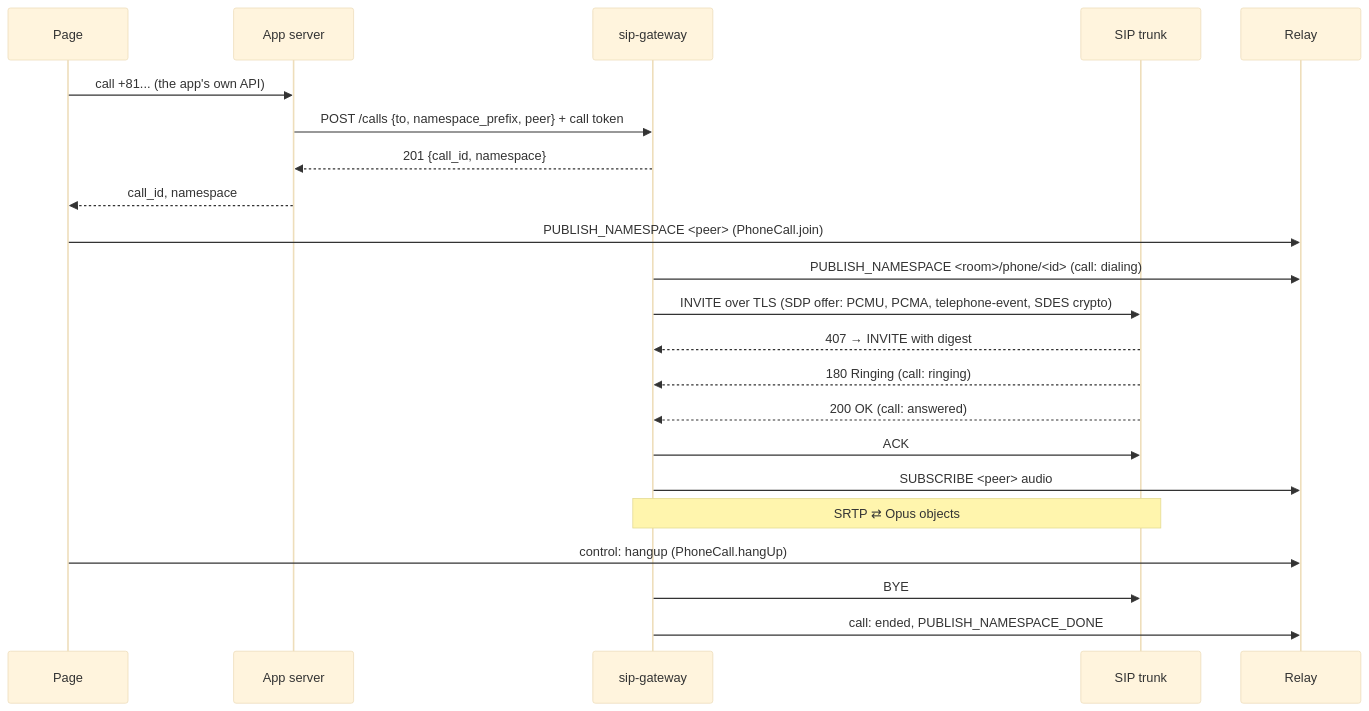
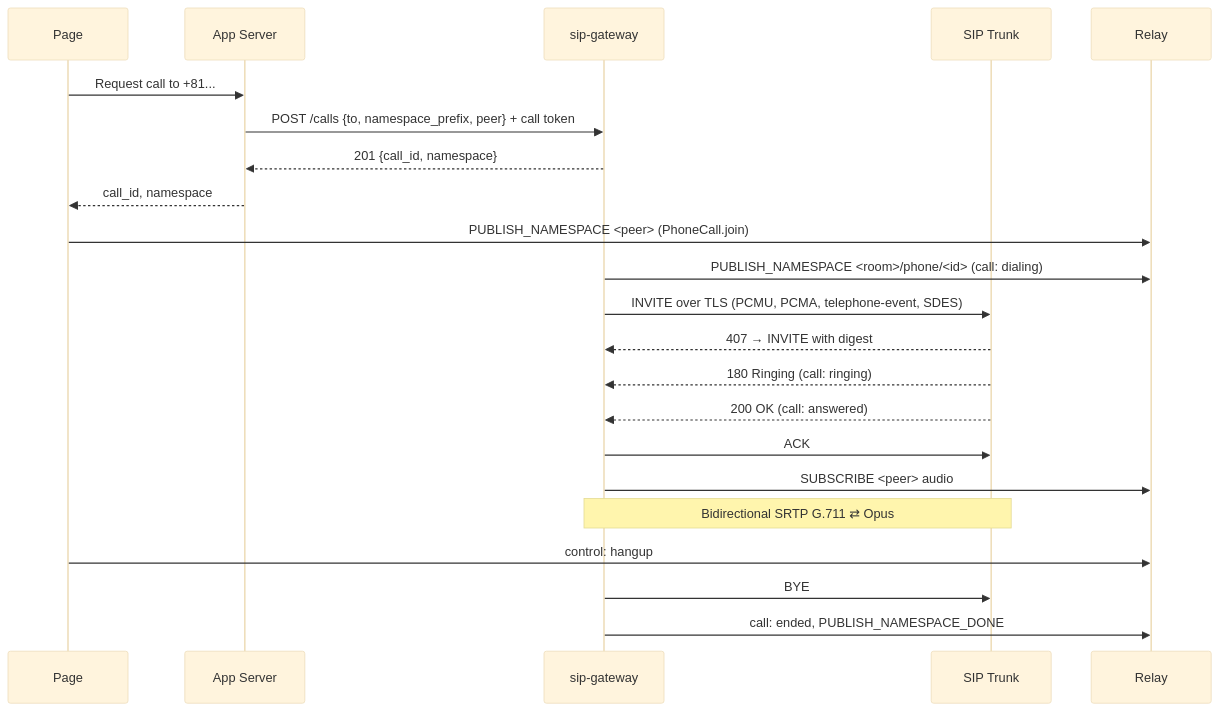
Before and after one commit to nttcom/moq-wasm: the second of 2 diagrams in docs/architecture/sip-gateway/architecture.md, drawn with Mermaid (base theme). The commit also changed other lines of this file and 99 other files, not shown here.

Commit message:
docs(architecture): simplify architecture docs for readability (#2021)

````diff
--- a/docs/architecture/sip-gateway/architecture.md
+++ b/docs/architecture/sip-gateway/architecture.md
@@ -89,24 +60,24 @@
 ```mermaid
 sequenceDiagram
     participant P as Page
-    participant A as App server
+    participant A as App Server
     participant G as sip-gateway
-    participant T as SIP trunk
+    participant T as SIP Trunk
     participant R as Relay
-    P->>A: call +81... (the app's own API)
+    P->>A: Request call to +81...
     A->>G: POST /calls {to, namespace_prefix, peer} + call token
     G-->>A: 201 {call_id, namespace}
     A-->>P: call_id, namespace
     P->>R: PUBLISH_NAMESPACE <peer> (PhoneCall.join)
     G->>R: PUBLISH_NAMESPACE <room>/phone/<id> (call: dialing)
-    G->>T: INVITE over TLS (SDP offer: PCMU, PCMA, telephone-event, SDES crypto)
+    G->>T: INVITE over TLS (PCMU, PCMA, telephone-event, SDES)
     T-->>G: 407 → INVITE with digest
     T-->>G: 180 Ringing (call: ringing)
     T-->>G: 200 OK (call: answered)
     G->>T: ACK
     G->>R: SUBSCRIBE <peer> audio
-    Note over G,T: SRTP ⇄ Opus objects
-    P->>R: control: hangup (PhoneCall.hangUp)
+    Note over G,T: Bidirectional SRTP G.711 ⇄ Opus
+    P->>R: control: hangup
     G->>T: BYE
     G->>R: call: ended, PUBLISH_NAMESPACE_DONE
 ```
````
